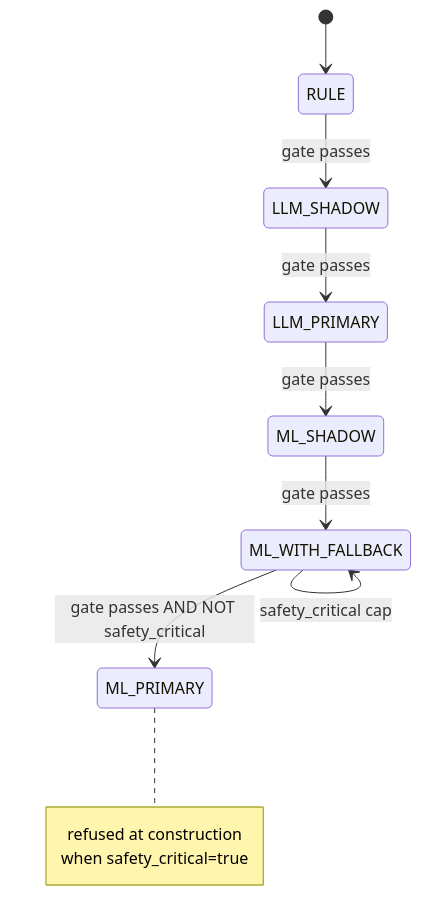
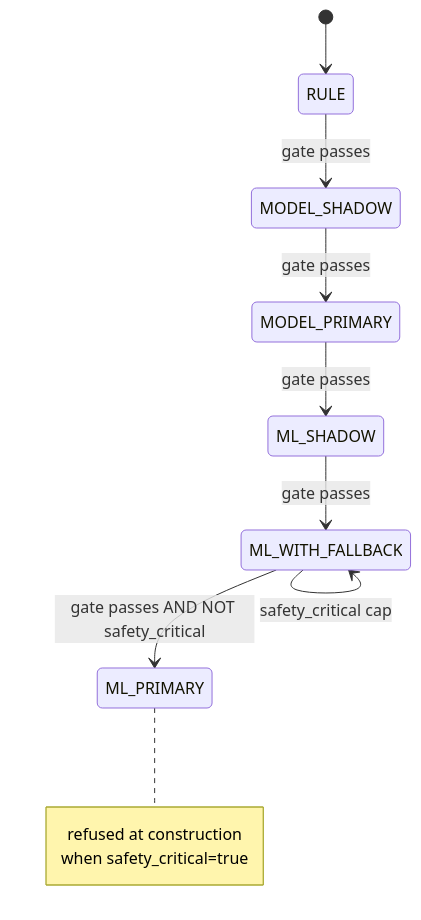
The second of 8 diagrams in docs/working/patent/04-drawings.md (b-tree-labs/dendra), drawn with Mermaid before and after one commit. The commit also changed other lines of this file and 99 other files, not shown here.

````diff
--- a/docs/working/patent/04-drawings.md
+++ b/docs/working/patent/04-drawings.md
@@ -68,16 +68,16 @@
 ```mermaid
 stateDiagram-v2
     direction TB
     [*] --> RULE
-    RULE --> LLM_SHADOW: gate passes
-    LLM_SHADOW --> LLM_PRIMARY: gate passes
-    LLM_PRIMARY --> ML_SHADOW: gate passes
+    RULE --> MODEL_SHADOW: gate passes
+    MODEL_SHADOW --> MODEL_PRIMARY: gate passes
+    MODEL_PRIMARY --> ML_SHADOW: gate passes
     ML_SHADOW --> ML_WITH_FALLBACK: gate passes
     ML_WITH_FALLBACK --> ML_PRIMARY: gate passes AND NOT safety_critical
     ML_WITH_FALLBACK --> ML_WITH_FALLBACK: safety_critical cap
 
     note right of ML_PRIMARY
       refused at construction
       when safety_critical=true
     end note
 ```
````
